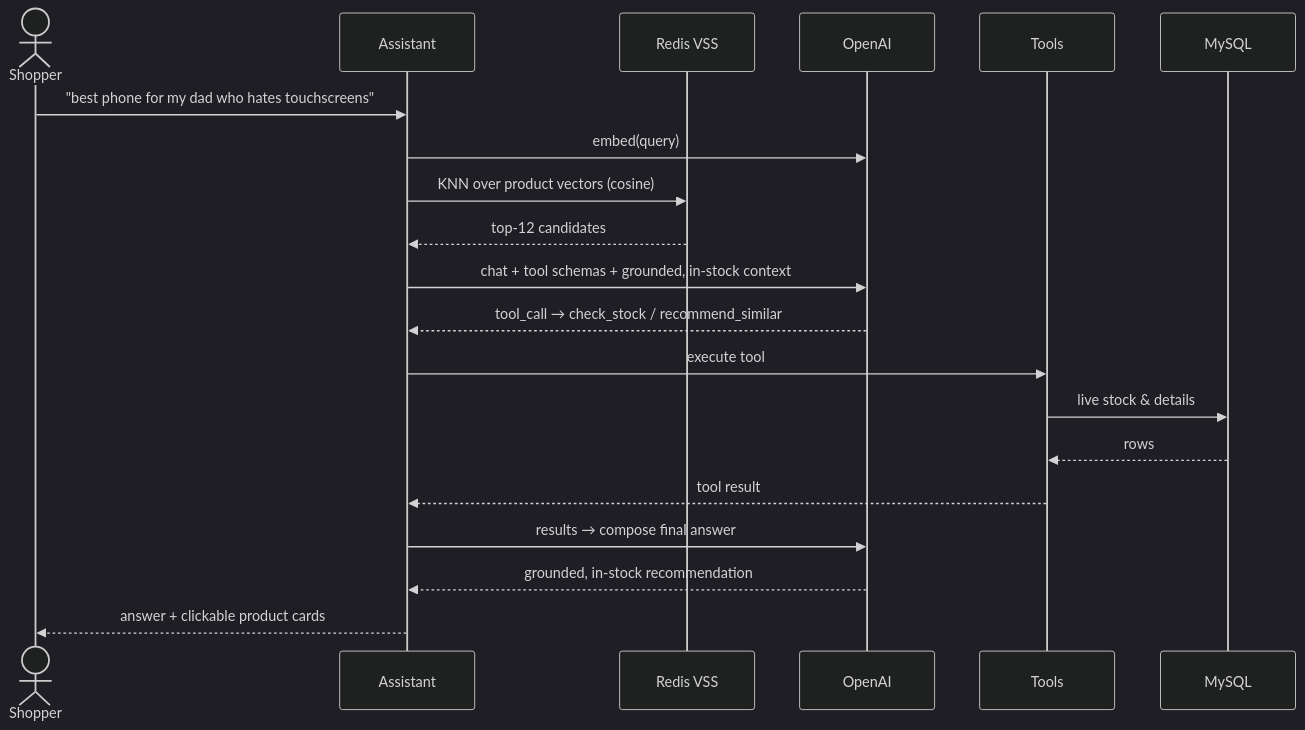
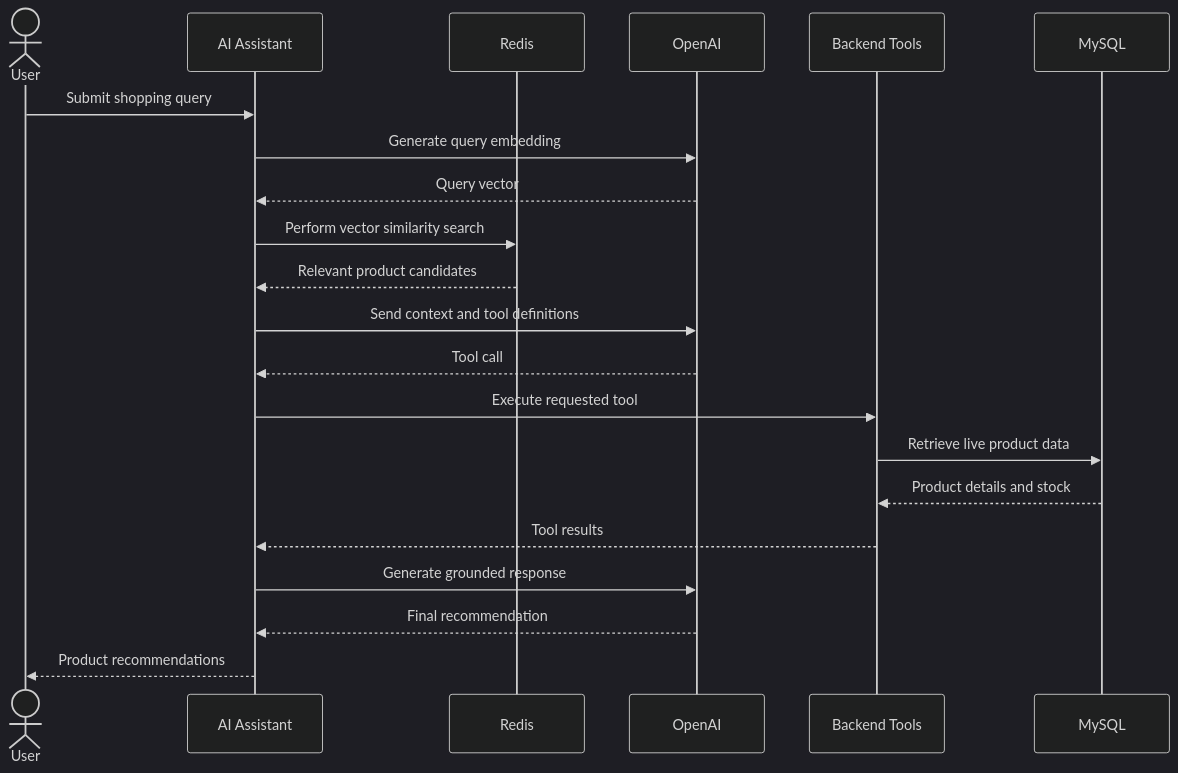
Before and after one commit to Sd23368/CartIQ: the second of 3 diagrams in README.md, drawn with Mermaid (dark theme). The commit also changed other lines of this file, not shown here.

````diff
--- a/README.md
+++ b/README.md
@@ -119,23 +188,24 @@
 ```mermaid
 sequenceDiagram
-    actor U as Shopper
-    participant A as Assistant
-    participant V as Redis VSS
-    participant O as OpenAI
-    participant T as Tools
+    actor User
+    participant AI as AI Assistant
+    participant Redis
+    participant OpenAI
+    participant API as Backend Tools
     participant DB as MySQL
 
-    U->>A: "best phone for my dad who hates touchscreens"
-    A->>O: embed(query)
-    A->>V: KNN over product vectors (cosine)
-    V-->>A: top-12 candidates
-    A->>O: chat + tool schemas + grounded, in-stock context
-    O-->>A: tool_call → check_stock / recommend_similar
-    A->>T: execute tool
-    T->>DB: live stock & details
-    DB-->>T: rows
-    T-->>A: tool result
-    A->>O: results → compose final answer
-    O-->>A: grounded, in-stock recommendation
-    A-->>U: answer + clickable product cards
+    User->>AI: Submit shopping query
+    AI->>OpenAI: Generate query embedding
+    OpenAI-->>AI: Query vector
+    AI->>Redis: Perform vector similarity search
+    Redis-->>AI: Relevant product candidates
+    AI->>OpenAI: Send context and tool definitions
+    OpenAI-->>AI: Tool call
+    AI->>API: Execute requested tool
+    API->>DB: Retrieve live product data
+    DB-->>API: Product details and stock
+    API-->>AI: Tool results
+    AI->>OpenAI: Generate grounded response
+    OpenAI-->>AI: Final recommendation
+    AI-->>User: Product recommendations
 ```
````
